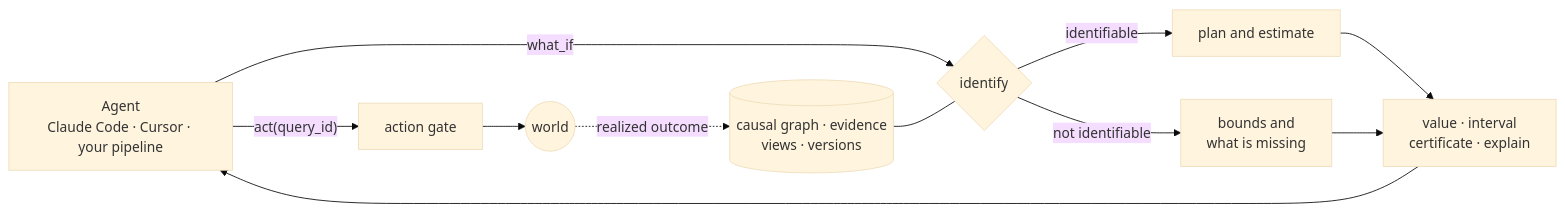
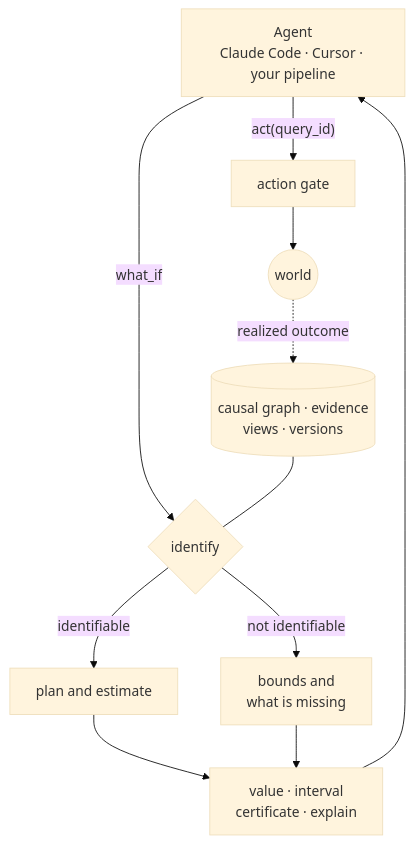
Before and after one commit to JayLZhou/GoWhy: the diagram in README.md, drawn with Mermaid (base theme).

Commit message:
Lay out the README architecture diagram top-down
The left-to-right layout rendered too small to read at GitHub's README width.

````diff
--- a/README.md
+++ b/README.md
@@ -179,19 +179,19 @@
 ```mermaid
-flowchart LR
+flowchart TD
     agent["Agent<br/>Claude Code · Cursor · your pipeline"]
     identify{"identify"}
     estimate["plan and estimate"]
     bounds["bounds and<br/>what is missing"]
     answer["value · interval<br/>certificate · explain"]
     gate["action gate"]
     world(("world"))
     store[("causal graph · evidence<br/>views · versions")]
 
     agent -- "what_if" --> identify
     store --- identify
     identify -- "identifiable" --> estimate --> answer
     identify -- "not identifiable" --> bounds --> answer
     answer --> agent
     agent -- "act(query_id)" --> gate --> world
     world -. "realized outcome" .-> store
 ```
````
